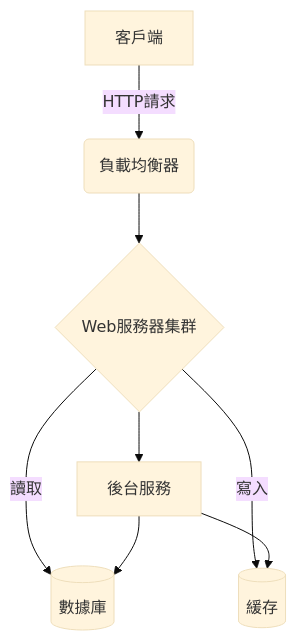
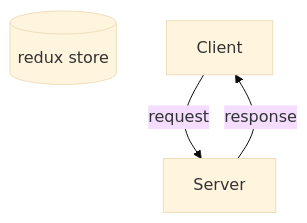
Before and after one commit to pizza6inch/PizzaFlix: the first of 3 diagrams in README.md, drawn with Mermaid (base theme). The commit also changed other lines of this file, not shown here.

Commit message:
add mermaid

````diff
--- a/README.md
+++ b/README.md
@@ -67,10 +70,6 @@
 ```mermaid
 graph TD
-    A[客戶端] -->|HTTP請求| B(負載均衡器)
-    B --> C{Web服務器集群}
-    C -->|讀取| D[(數據庫)]
-    C -->|寫入| E[(緩存)]
-    C --> F[後台服務]
-    F --> D
-    F --> E
+    A[(redux store)]
+    X[Client] -->|request| Y[Server]
+    Y --> |response| X
 ```
````
